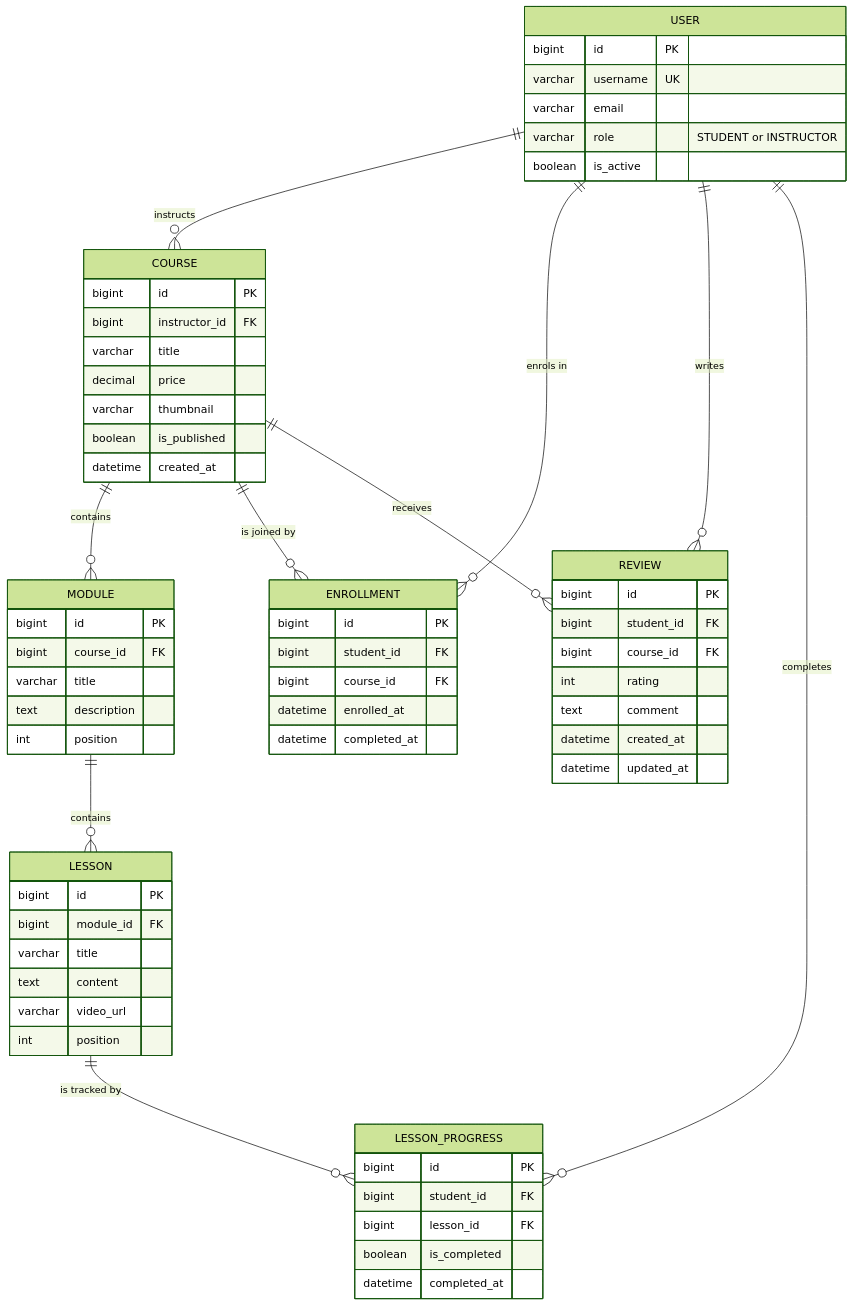
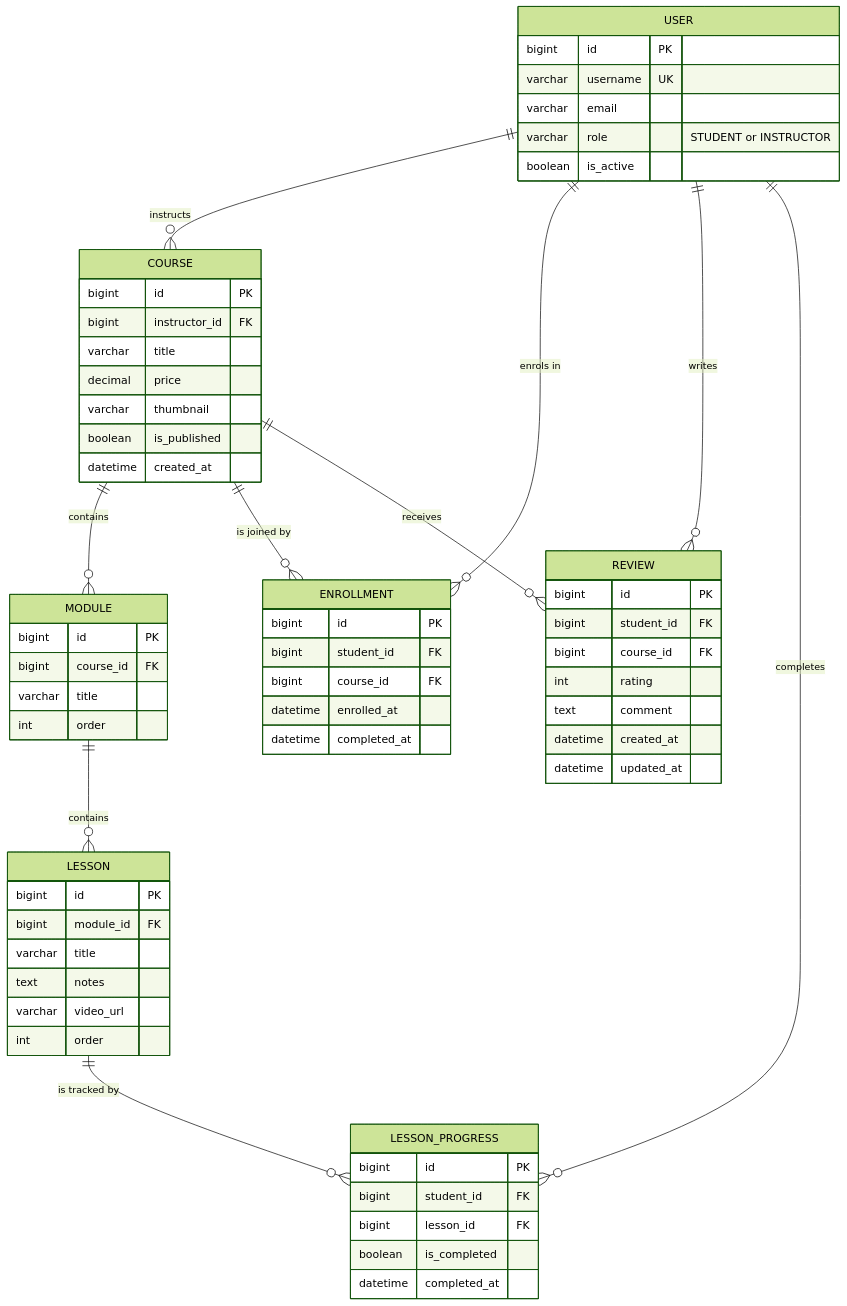
Before and after one commit to 3bdalla3adil/eartech-internship-2026: the diagram in coursehub/docs/architecture.md, drawn with Mermaid (forest theme). The commit also changed other lines of this file, not shown here.

````diff
--- a/coursehub/docs/architecture.md
+++ b/coursehub/docs/architecture.md
@@ -26,73 +27,72 @@
 ```mermaid
 erDiagram
     USER ||--o{ COURSE : "instructs"
     USER ||--o{ ENROLLMENT : "enrols in"
     USER ||--o{ REVIEW : "writes"
     USER ||--o{ LESSON_PROGRESS : "completes"
     COURSE ||--o{ MODULE : "contains"
     MODULE ||--o{ LESSON : "contains"
     COURSE ||--o{ ENROLLMENT : "is joined by"
     LESSON ||--o{ LESSON_PROGRESS : "is tracked by"
     COURSE ||--o{ REVIEW : "receives"
 
     USER {
         bigint id PK
         varchar username UK
         varchar email
         varchar role "STUDENT or INSTRUCTOR"
         boolean is_active
     }
 
     COURSE {
         bigint id PK
         bigint instructor_id FK
         varchar title
         decimal price
         varchar thumbnail
         boolean is_published
         datetime created_at
     }
 
     MODULE {
         bigint id PK
         bigint course_id FK
         varchar title
-        text description
-        int position
+        int order
     }
 
     LESSON {
         bigint id PK
         bigint module_id FK
         varchar title
-        text content
+        text notes
         varchar video_url
-        int position
+        int order
     }
 
     ENROLLMENT {
         bigint id PK
         bigint student_id FK
         bigint course_id FK
         datetime enrolled_at
         datetime completed_at
     }
 
     LESSON_PROGRESS {
         bigint id PK
         bigint student_id FK
         bigint lesson_id FK
         boolean is_completed
         datetime completed_at
     }
 
     REVIEW {
         bigint id PK
         bigint student_id FK
         bigint course_id FK
         int rating
         text comment
         datetime created_at
         datetime updated_at
     }
 ```
````
